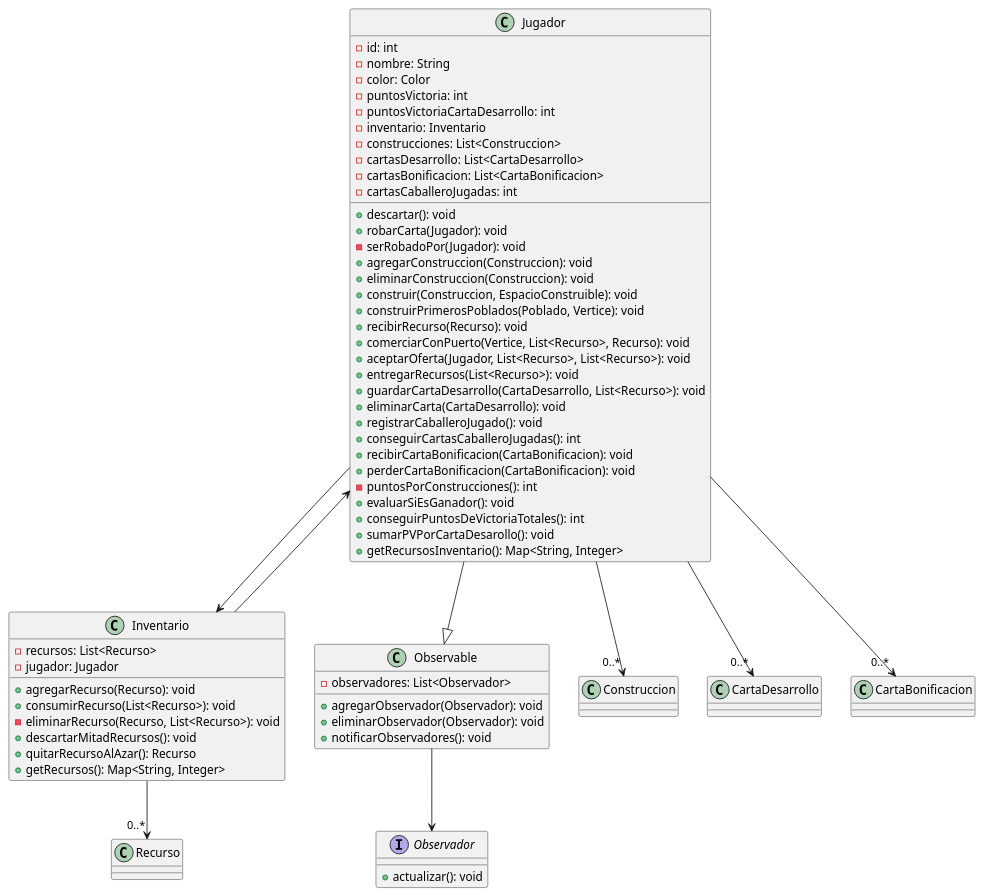
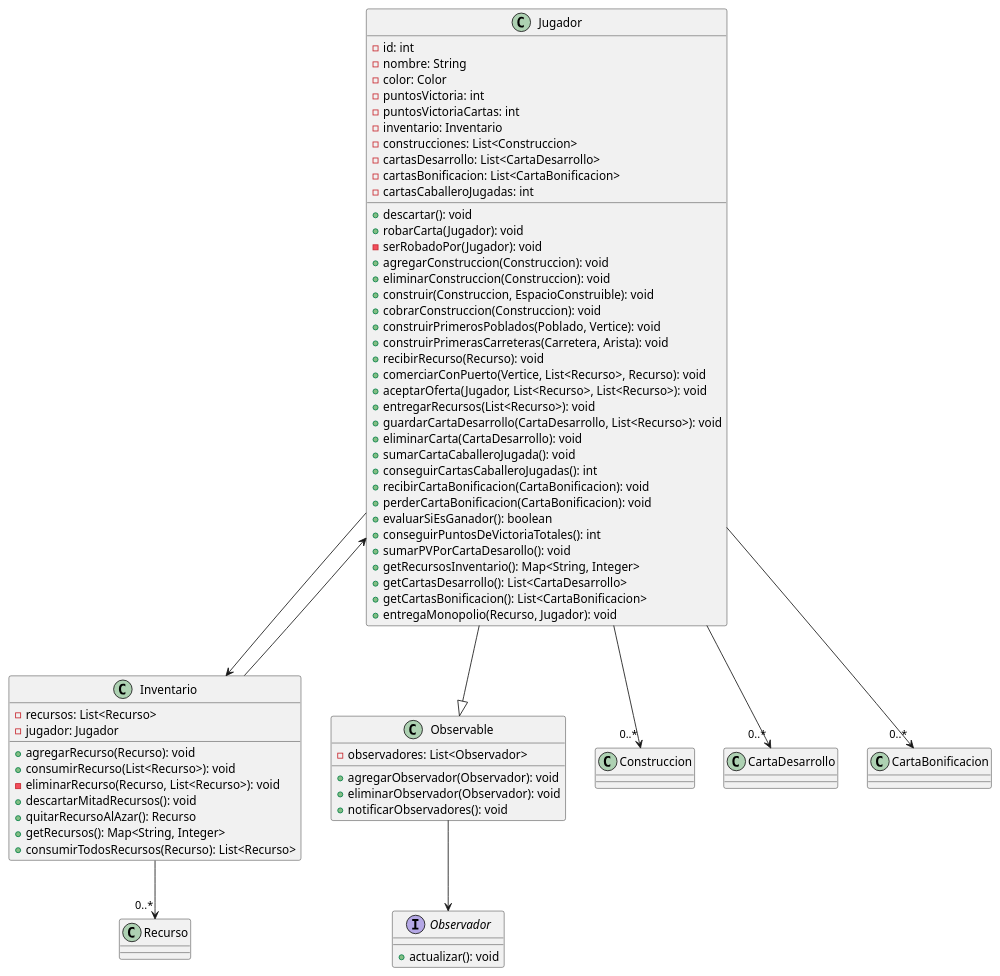
Before and after one commit to ValeSolArroyo/TP2-Catan: the diagram in diagrams/classes/jugador.puml, drawn with PlantUML. The commit also changed 8 other files, not shown here.

Commit message:
diagramas actualizados

```diff
--- a/diagrams/classes/jugador.puml
+++ b/diagrams/classes/jugador.puml
@@ -1,73 +1,78 @@
 @startuml
 
 class Jugador {
   - id: int
   - nombre: String
   - color: Color
   - puntosVictoria: int
-  - puntosVictoriaCartaDesarrollo: int
+  - puntosVictoriaCartas: int
   - inventario: Inventario
   - construcciones: List<Construccion>
   - cartasDesarrollo: List<CartaDesarrollo>
   - cartasBonificacion: List<CartaBonificacion>
   - cartasCaballeroJugadas: int
   
   + descartar(): void
   + robarCarta(Jugador): void
   - serRobadoPor(Jugador): void
   + agregarConstruccion(Construccion): void
   + eliminarConstruccion(Construccion): void
   + construir(Construccion, EspacioConstruible): void
+  + cobrarConstruccion(Construccion): void
   + construirPrimerosPoblados(Poblado, Vertice): void
+  + construirPrimerasCarreteras(Carretera, Arista): void
   + recibirRecurso(Recurso): void
   + comerciarConPuerto(Vertice, List<Recurso>, Recurso): void
   + aceptarOferta(Jugador, List<Recurso>, List<Recurso>): void
   + entregarRecursos(List<Recurso>): void
   + guardarCartaDesarrollo(CartaDesarrollo, List<Recurso>): void
   + eliminarCarta(CartaDesarrollo): void
-  + registrarCaballeroJugado(): void
+  + sumarCartaCaballeroJugada(): void
   + conseguirCartasCaballeroJugadas(): int
   + recibirCartaBonificacion(CartaBonificacion): void
   + perderCartaBonificacion(CartaBonificacion): void
-  - puntosPorConstrucciones(): int
-  + evaluarSiEsGanador(): void
+  + evaluarSiEsGanador(): boolean
   + conseguirPuntosDeVictoriaTotales(): int
   + sumarPVPorCartaDesarollo(): void
   + getRecursosInventario(): Map<String, Integer>
+  + getCartasDesarrollo(): List<CartaDesarrollo>
+  + getCartasBonificacion(): List<CartaBonificacion>
+  + entregaMonopolio(Recurso, Jugador): void
 }
 
 class Inventario {
   - recursos: List<Recurso>
   - jugador: Jugador
   
   + agregarRecurso(Recurso): void
   + consumirRecurso(List<Recurso>): void
   - eliminarRecurso(Recurso, List<Recurso>): void
   + descartarMitadRecursos(): void
   + quitarRecursoAlAzar(): Recurso
   + getRecursos(): Map<String, Integer>
+  + consumirTodosRecursos(Recurso): List<Recurso>
 }
 
 class Observable {
   - observadores: List<Observador>
   
   + agregarObservador(Observador): void
   + eliminarObservador(Observador): void
   + notificarObservadores(): void
 }
 
 interface Observador {
   + actualizar(): void
 }
 
 Jugador --|> Observable
 Jugador --> Inventario
 Jugador --> "0..*" Construccion
 Jugador --> "0..*" CartaDesarrollo
 Jugador --> "0..*" CartaBonificacion
 Inventario --> "0..*" Recurso
 Inventario --> Jugador
 
 Observable --> Observador
 
 @enduml
```
